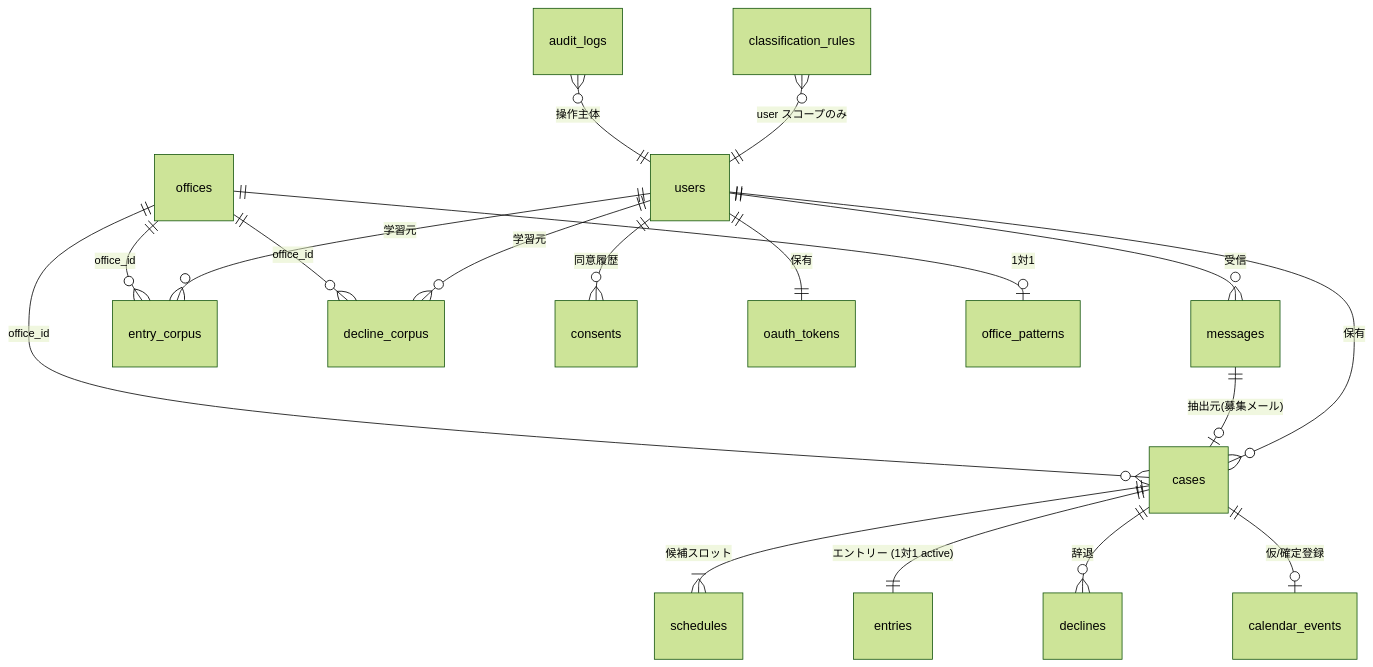
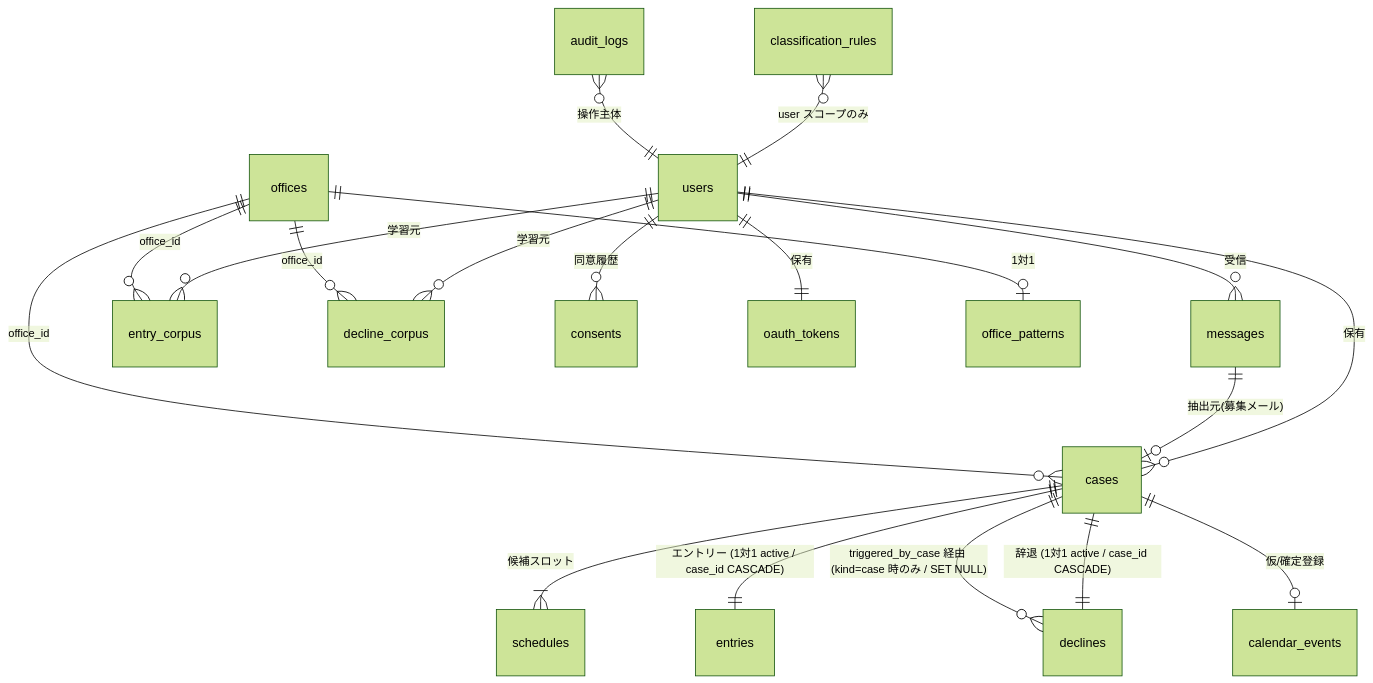
The fourth of 4 diagrams in aidlc-docs/inception/application-design/application-design.md (Nudel-LLC/auto-mc-operation), drawn with Mermaid (forest theme) before and after one commit. The commit also changed other lines of this file and 3 other files, not shown here.

````diff
--- a/aidlc-docs/inception/application-design/application-design.md
+++ b/aidlc-docs/inception/application-design/application-design.md
@@ -298,24 +298,25 @@
 ```mermaid
 erDiagram
     users ||--o{ messages : "受信"
     users ||--o{ cases : "保有"
     users ||--o{ entry_corpus : "学習元"
     users ||--o{ decline_corpus : "学習元"
     users ||--o{ consents : "同意履歴"
     users ||--|| oauth_tokens : "保有"
 
     cases ||--|{ schedules : "候補スロット"
-    cases ||--|| entries : "エントリー (1対1 active)"
-    cases ||--o{ declines : "辞退"
+    cases ||--|| entries : "エントリー (1対1 active / case_id CASCADE)"
+    cases ||--|| declines : "辞退 (1対1 active / case_id CASCADE)"
+    cases ||--o{ declines : "triggered_by_case 経由 (kind=case 時のみ / SET NULL)"
     cases ||--o| calendar_events : "仮/確定登録"
 
     messages ||--o| cases : "抽出元(募集メール)"
 
     classification_rules }o--|| users : "user スコープのみ"
     offices ||--o| office_patterns : "1対1"
     offices ||--o{ cases : "office_id"
     offices ||--o{ entry_corpus : "office_id"
     offices ||--o{ decline_corpus : "office_id"
 
     audit_logs }o--|| users : "操作主体"
 ```
````
